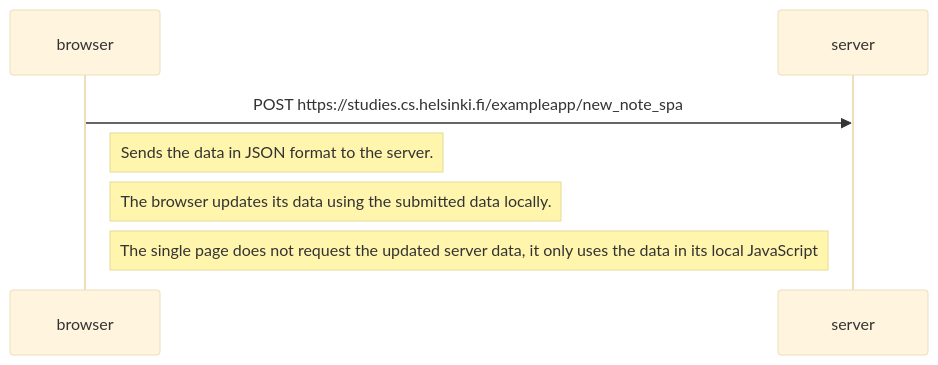
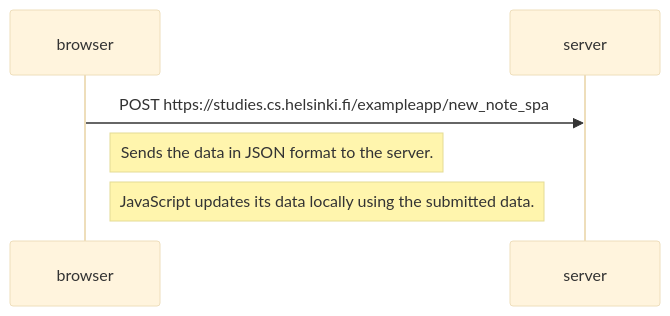
The diagram in Part_0/Exercise_0.6.md (justbord/Helsinki-Full-Stack-Open-Course), drawn with Mermaid (base theme) before and after one commit. The commit also changed other lines of this file, not shown here.

````diff
--- a/Part_0/Exercise_0.6.md
+++ b/Part_0/Exercise_0.6.md
@@ -3,15 +4,13 @@
 ```mermaid
 sequenceDiagram
     participant browser
     participant server
 
     browser->>server: POST https://studies.cs.helsinki.fi/exampleapp/new_note_spa
 
     Note right of browser: Sends the data in JSON format to the server.
 
-    Note right of browser: The browser updates its data using the submitted data locally.
-    Note right of browser: The single page does not request the updated server data, it only uses the data in its local JavaScript
- 
+    Note right of browser: JavaScript updates its data locally using the submitted data.
 
 
 ```
````
